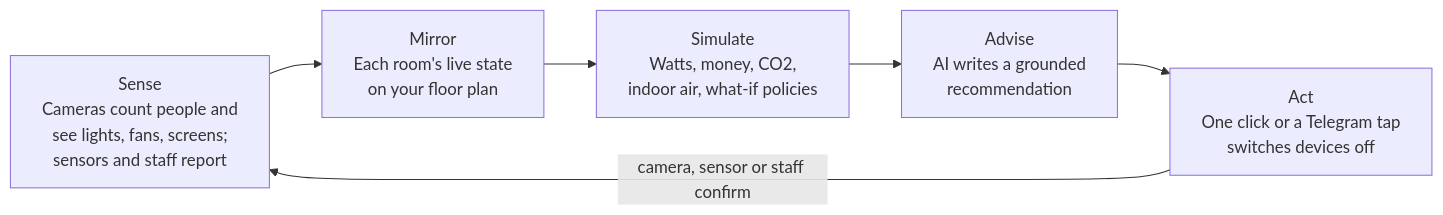
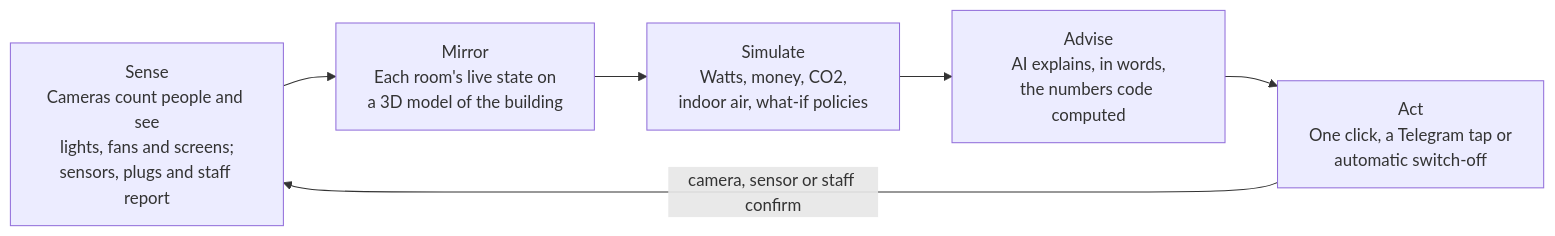
One commit to rishushaurya/Code_clash_2.0 changed the first of 7 diagrams in README.md. Above: the diagram before and after it, drawn with Mermaid. The commit also changed other lines of this file and 7 other files, not shown here.

````diff
--- a/README.md
+++ b/README.md
@@ -41,8 +45,8 @@
 ```mermaid
 flowchart LR
-    A["Sense<br/>Cameras count people and<br/>see lights, fans, screens;<br/>sensors and staff report"] --> B["Mirror<br/>Each room's live state<br/>on your floor plan"]
+    A["Sense<br/>Cameras count people and see<br/>lights, fans and screens;<br/>sensors, plugs and staff report"] --> B["Mirror<br/>Each room's live state on<br/>a 3D model of the building"]
     B --> C["Simulate<br/>Watts, money, CO2,<br/>indoor air, what-if policies"]
-    C --> D["Advise<br/>AI writes a grounded<br/>recommendation"]
-    D --> E["Act<br/>One click or a Telegram tap<br/>switches devices off"]
+    C --> D["Advise<br/>AI explains, in words,<br/>the numbers code computed"]
+    D --> E["Act<br/>One click, a Telegram tap or<br/>automatic switch-off"]
     E -->|camera, sensor or staff confirm| A
 ```
````
